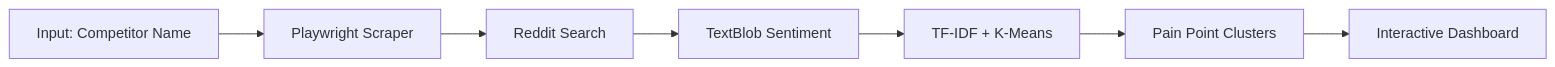
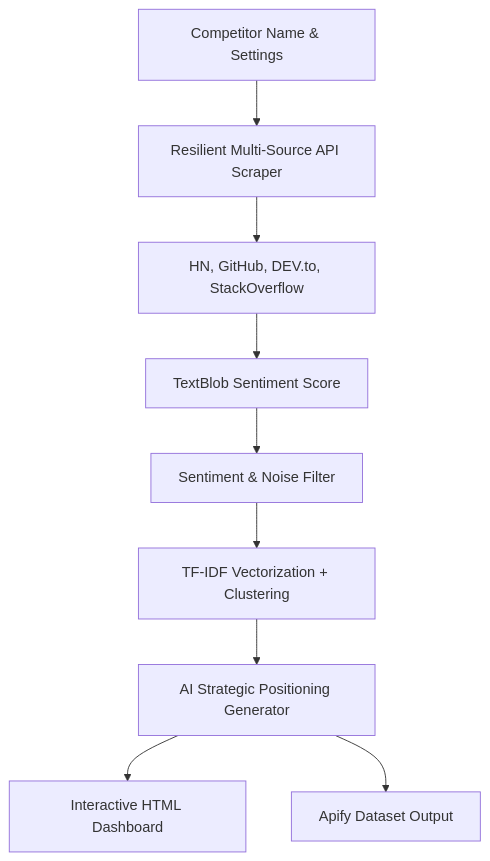
The diagram in README.md (TejasRawool186/Churn-Scout---Market-Intelligence-Agent), drawn with Mermaid before and after one commit. The commit also changed other lines of this file and 5 other files, not shown here.

Commit message:
Modernize Churn Scout Actor: Add advanced settings, resilient scrapers, AI JSON parser, and premium Vercel-style Chart.js dashboard

````diff
--- a/README.md
+++ b/README.md
@@ -31,9 +41,11 @@
 ```mermaid
-graph LR
-    A[Input: Competitor Name] --> B[Playwright Scraper]
-    B --> C[Reddit Search]
-    C --> D[TextBlob Sentiment]
-    D --> E[TF-IDF + K-Means]
-    E --> F[Pain Point Clusters]
-    F --> G[Interactive Dashboard]
+graph TD
+    Input[Competitor Name & Settings] --> Scraper[Resilient Multi-Source API Scraper]
+    Scraper --> Sources[HN, GitHub, DEV.to, StackOverflow]
+    Sources --> Sentiment[TextBlob Sentiment Score]
+    Sentiment --> Filter[Sentiment & Noise Filter]
+    Filter --> ML[TF-IDF Vectorization + Clustering]
+    ML --> AI[AI Strategic Positioning Generator]
+    AI --> Dashboard[Interactive HTML Dashboard]
+    AI --> Dataset[Apify Dataset Output]
 ```
````
